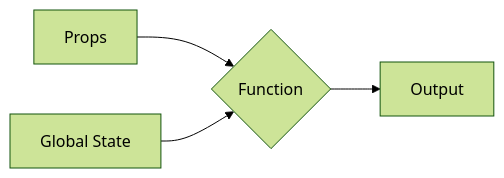
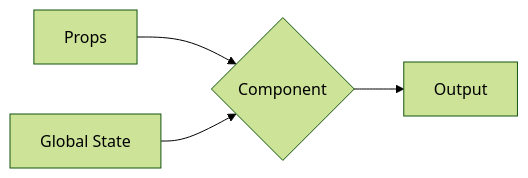
The fourth of 12 diagrams in slides.md (lindsaykwardell/vgs-functional-programming), drawn with Mermaid (forest theme) before and after one commit. The commit also changed other lines of this file and 1 other file, not shown here.

````diff
--- a/slides.md
+++ b/slides.md
@@ -413,6 +468,6 @@
 ```mermaid
 flowchart LR
-    Props --> Function
-    state[Global State] --> Function
-    Function{Function} --> Output
+    Props --> Component
+    state[Global State] --> Component
+    Component{Component} --> Output
 ```
````
